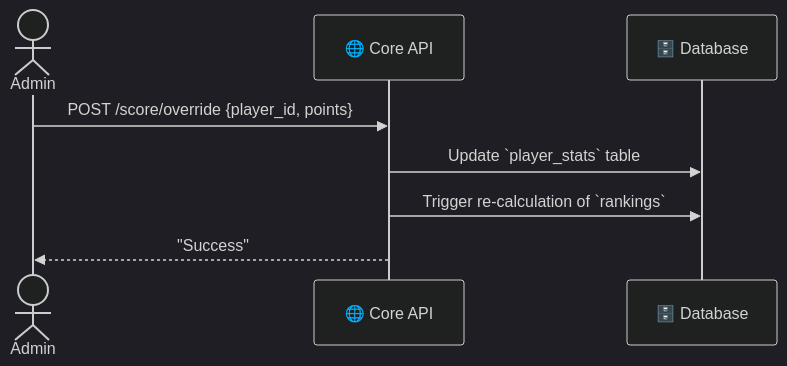
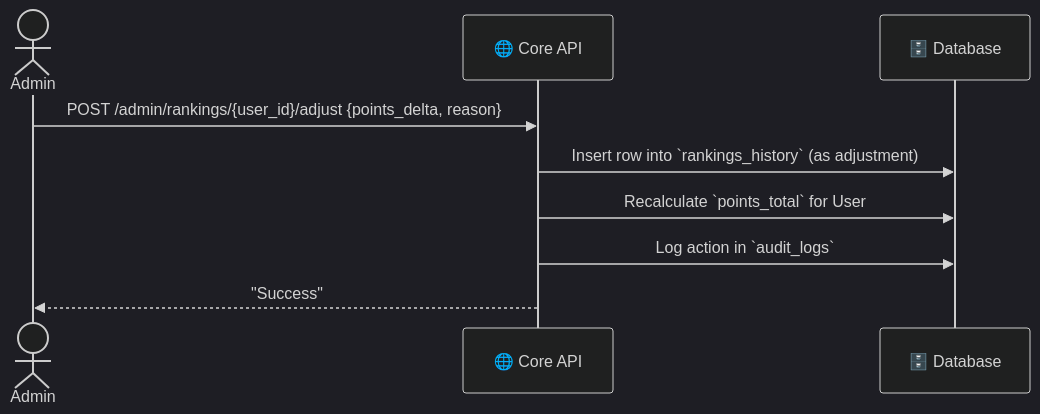
One commit to narcisoriol-toorconnect/randomleague changed the third of 12 diagrams in docs/ARCHITECTURE.md. Above: the diagram before and after it, drawn with Mermaid (dark theme). The commit also changed other lines of this file and 10 other files, not shown here.

Commit message:
feat: Add API contract definitions for authentication, social, rankings, and admin, and update related architecture, requirements, and database documentation.

````diff
--- a/docs/ARCHITECTURE.md
+++ b/docs/ARCHITECTURE.md
@@ -110,11 +110,12 @@
 ```mermaid
 sequenceDiagram
     actor Admin
     participant API as 🌐 Core API
     participant DB as 🗄️ Database
 
-    Admin->>API: POST /score/override {player_id, points}
-    API->>DB: Update `player_stats` table
-    API->>DB: Trigger re-calculation of `rankings`
+    Admin->>API: POST /admin/rankings/{user_id}/adjust {points_delta, reason}
+    API->>DB: Insert row into `rankings_history` (as adjustment)
+    API->>DB: Recalculate `points_total` for User
+    API->>DB: Log action in `audit_logs`
     API-->>Admin: "Success"
 ```
````
